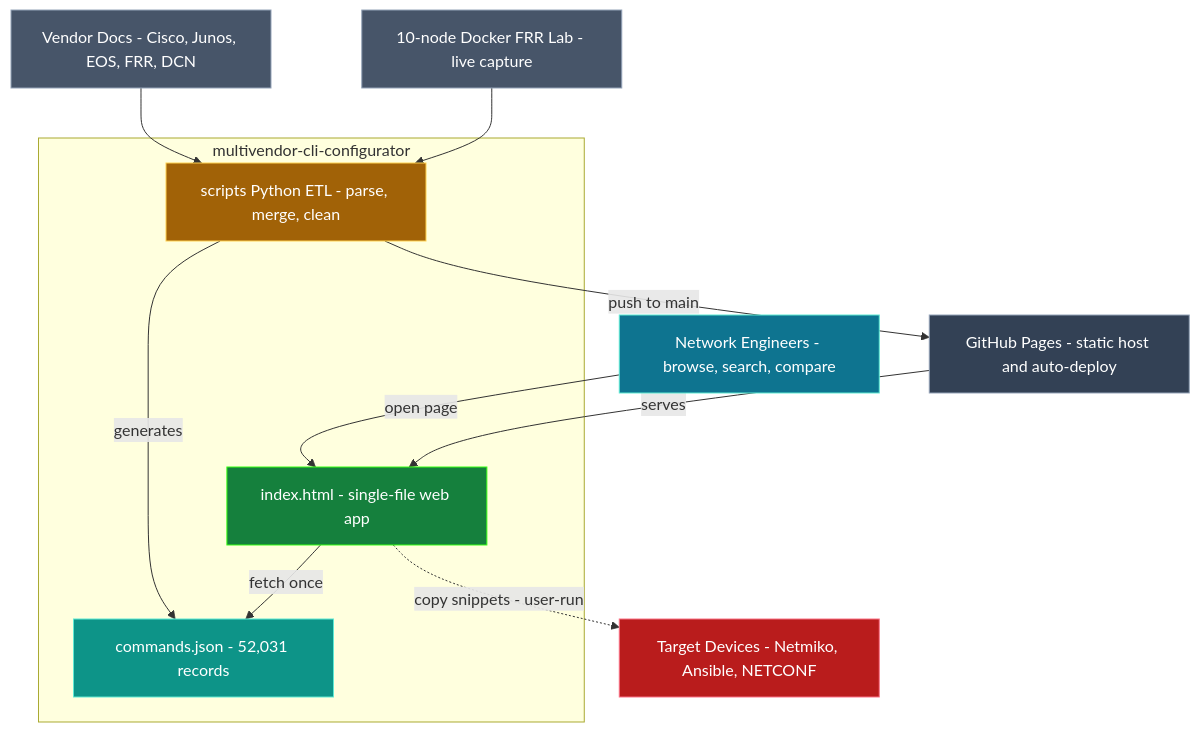
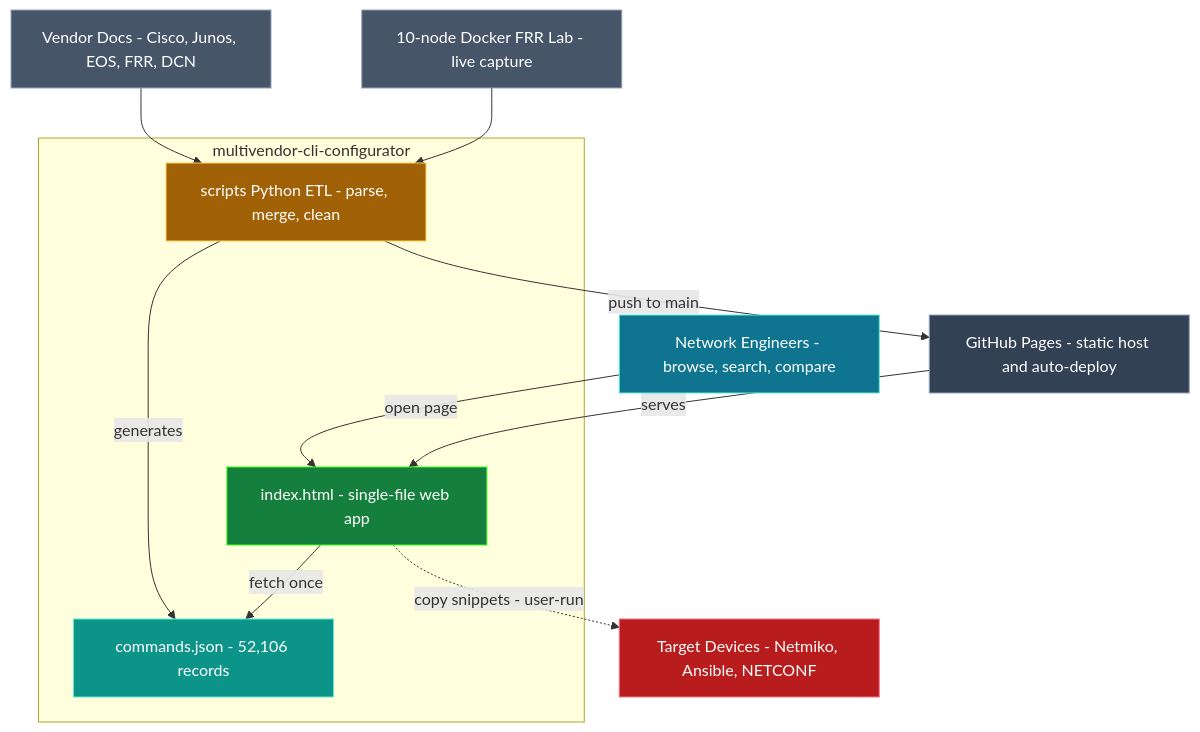
Before and after one commit to gesh75/multivendor-cli-configurator: the first of 6 diagrams in docs/ARCHITECTURE.md, drawn with Mermaid. The commit also changed other lines of this file and 4 other files, not shown here.

````diff
--- a/docs/ARCHITECTURE.md
+++ b/docs/ARCHITECTURE.md
@@ -40,32 +40,32 @@
 ```mermaid
 flowchart TB
     eng["Network Engineers - browse, search, compare"]:::actor
     docs["Vendor Docs - Cisco, Junos, EOS, FRR, DCN"]:::source
     lab["10-node Docker FRR Lab - live capture"]:::source
 
     subgraph SYS["multivendor-cli-configurator"]
       app["index.html - single-file web app"]:::core
-      data["commands.json - 52,031 records"]:::store
+      data["commands.json - 52,106 records"]:::store
       pipe["scripts Python ETL - parse, merge, clean"]:::build
     end
 
     pages["GitHub Pages - static host and auto-deploy"]:::ext
     devices["Target Devices - Netmiko, Ansible, NETCONF"]:::target
 
     eng -->|"open page"| app
     app -->|"fetch once"| data
     docs --> pipe
     lab --> pipe
     pipe -->|"generates"| data
     pipe -->|"push to main"| pages
     pages -->|"serves"| app
     app -.->|"copy snippets - user-run"| devices
 
     classDef actor  fill:#0e7490,stroke:#5eead4,color:#fff
     classDef source fill:#475569,stroke:#94a3b8,color:#fff
     classDef core   fill:#15803d,stroke:#39ff14,color:#fff
     classDef store  fill:#0d9488,stroke:#5eead4,color:#fff
     classDef build  fill:#a16207,stroke:#ffd152,color:#fff
     classDef ext    fill:#334155,stroke:#94a3b8,color:#fff
     classDef target fill:#b91c1c,stroke:#fb7185,color:#fff
 ```
````
